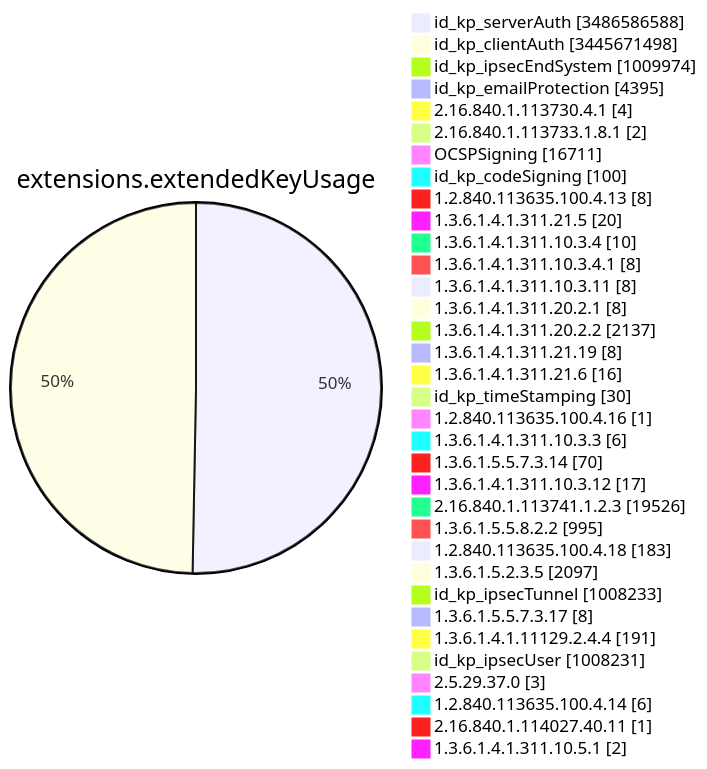
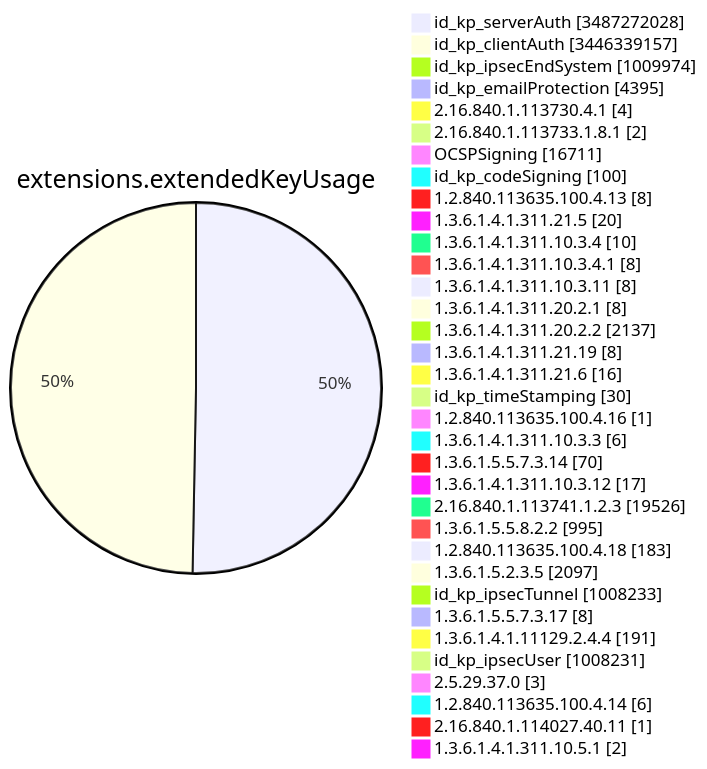
Diagram 11 of 15 in TOTAL/README.md (christiankrug/ctmonitor_visualization), drawn with Mermaid before and after one commit. The commit also changed other lines of this file, not shown here.

````diff
--- a/TOTAL/README.md
+++ b/TOTAL/README.md
@@ -4124,38 +4124,38 @@
 ```mermaid
 pie showData
 title extensions.extendedKeyUsage
-"id_kp_serverAuth" :3486586588
-"id_kp_clientAuth" :3445671498
+"id_kp_serverAuth" :3487272028
+"id_kp_clientAuth" :3446339157
 "id_kp_ipsecEndSystem" :1009974
 "id_kp_emailProtection" :4395
 "2.16.840.1.113730.4.1" :4
 "2.16.840.1.113733.1.8.1" :2
 "OCSPSigning" :16711
 "id_kp_codeSigning" :100
 "1.2.840.113635.100.4.13" :8
 "1.3.6.1.4.1.311.21.5" :20
 "1.3.6.1.4.1.311.10.3.4" :10
 "1.3.6.1.4.1.311.10.3.4.1" :8
 "1.3.6.1.4.1.311.10.3.11" :8
 "1.3.6.1.4.1.311.20.2.1" :8
 "1.3.6.1.4.1.311.20.2.2" :2137
 "1.3.6.1.4.1.311.21.19" :8
 "1.3.6.1.4.1.311.21.6" :16
 "id_kp_timeStamping" :30
 "1.2.840.113635.100.4.16" :1
 "1.3.6.1.4.1.311.10.3.3" :6
 "1.3.6.1.5.5.7.3.14" :70
 "1.3.6.1.4.1.311.10.3.12" :17
 "2.16.840.1.113741.1.2.3" :19526
 "1.3.6.1.5.5.8.2.2" :995
 "1.2.840.113635.100.4.18" :183
 "1.3.6.1.5.2.3.5" :2097
 "id_kp_ipsecTunnel" :1008233
 "1.3.6.1.5.5.7.3.17" :8
 "1.3.6.1.4.1.11129.2.4.4" :191
 "id_kp_ipsecUser" :1008231
 "2.5.29.37.0" :3
 "1.2.840.113635.100.4.14" :6
 "2.16.840.1.114027.40.11" :1
 "1.3.6.1.4.1.311.10.5.1" :2
 ```
````
